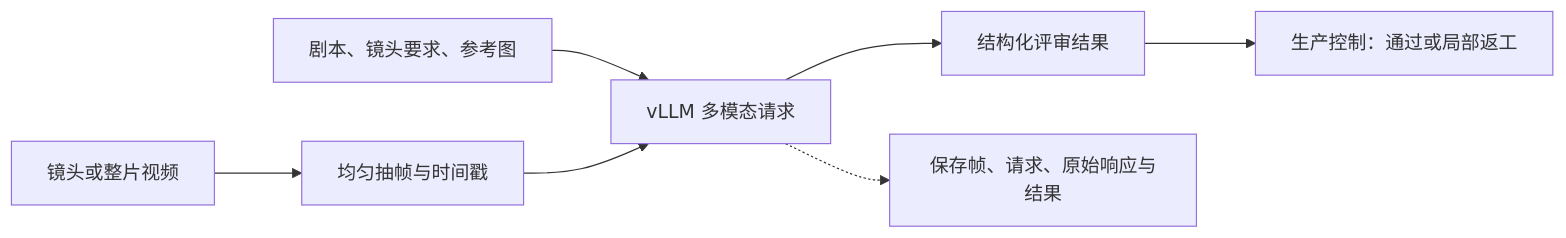
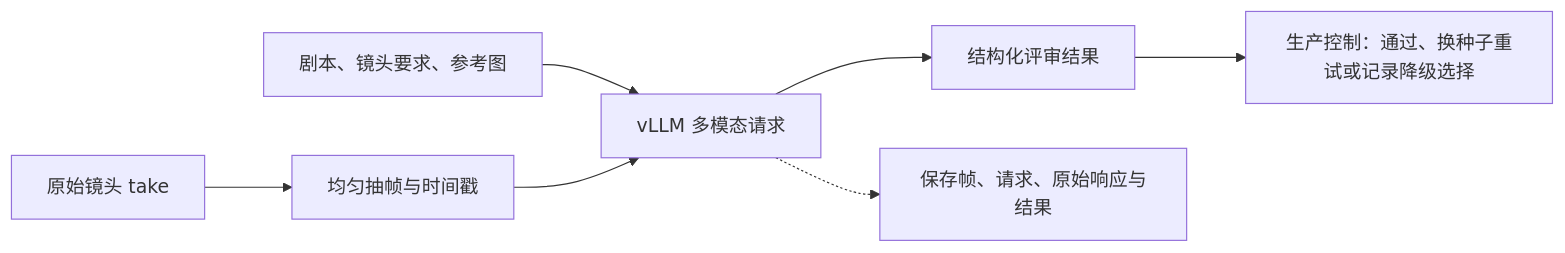
The diagram in docs/review.md (mtbnydx-dot/AI-AI-powered-local-fully-automated-video-workflow), drawn with Mermaid before and after one commit. The commit also changed other lines of this file and 33 other files, not shown here.

````diff
--- a/docs/review.md
+++ b/docs/review.md
@@ -9,9 +9,9 @@
 ```mermaid
 flowchart LR
-    V[镜头或整片视频] --> F[均匀抽帧与时间戳]
+    V[原始镜头 take] --> F[均匀抽帧与时间戳]
     P[剧本、镜头要求、参考图] --> R[vLLM 多模态请求]
     F --> R
     R --> J[结构化评审结果]
-    J --> C[生产控制：通过或局部返工]
+    J --> C[生产控制：通过、换种子重试或记录降级选择]
     R -.-> L[保存帧、请求、原始响应与结果]
 ```
````
